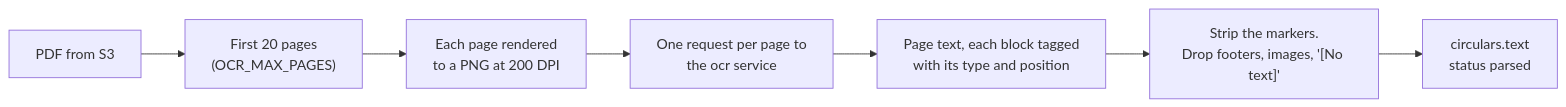
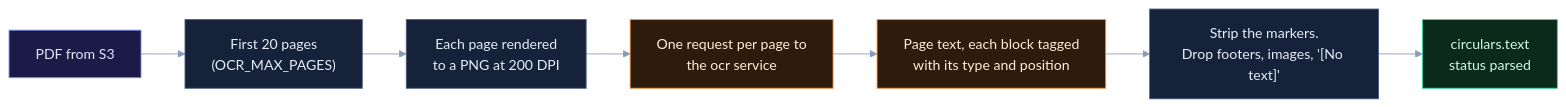
The sixth of 21 diagrams in how_it_works.md (selvakumarperumal/Regulatory_Circular_Impact_Agent), drawn with Mermaid before and after one commit. The commit also changed other lines of this file and 1 other file, not shown here.

````diff
--- a/how_it_works.md
+++ b/how_it_works.md
@@ -265,9 +333,23 @@
 ```mermaid
+%%{init: {"theme": "base", "themeVariables": {"darkMode": true, "primaryColor": "#16213a", "primaryTextColor": "#e6edf7", "primaryBorderColor": "#475a7a", "lineColor": "#8b9bb4", "secondaryColor": "#1b2436", "tertiaryColor": "#101a2e", "edgeLabelBackground": "#0f172a", "textColor": "#e2e8f0", "clusterBkg": "#0f1728", "clusterBorder": "#2b3a55", "titleColor": "#c4b5fd", "nodeTextColor": "#e6edf7"}}}%%
 flowchart LR
     pdf["PDF from S3"] --> pages["First 20 pages<br/>(OCR_MAX_PAGES)"]
     pages --> png["Each page rendered<br/>to a PNG at 200 DPI"]
     png --> request["One request per page to<br/>the ocr service"]
     request --> raw["Page text, each block tagged<br/>with its type and position"]
     raw --> clean["Strip the markers.<br/>Drop footers, images, '[No text]'"]
     clean --> saved["circulars.text<br/>status parsed"]
+
+    classDef svc fill:#0e2a2c,stroke:#2dd4bf,color:#ccfbf1
+    classDef data fill:#1c1a47,stroke:#818cf8,color:#e0e7ff
+    classDef ext fill:#2a1640,stroke:#c084fc,color:#f3e8ff
+    classDef gpu fill:#2d1b0c,stroke:#fb923c,color:#ffedd5
+    classDef ask fill:#2a2410,stroke:#fbbf24,color:#fef3c7
+    classDef ok fill:#0b2a1c,stroke:#34d399,color:#d1fae5
+    classDef bad fill:#2e0f17,stroke:#fb7185,color:#ffe4e6
+    classDef start fill:#1c2a0e,stroke:#a7ef6f,color:#ecfccb
+    classDef muted fill:#1a2130,stroke:#64748b,color:#cbd5e1
+    class pdf data
+    class request,raw gpu
+    class saved ok
 ```
````
